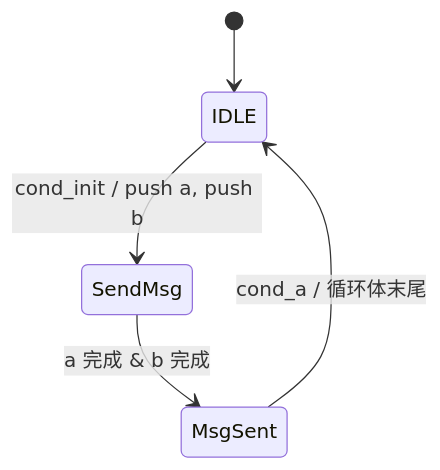
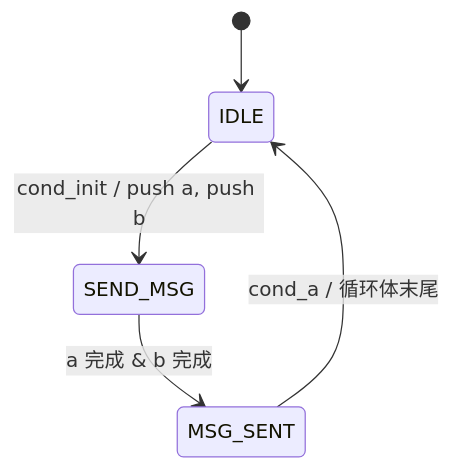
One commit to rede97/autowire changed the first of 6 diagrams in docs/state/async-fsm.md. Above: the diagram before and after it, drawn with Mermaid. The commit also changed other lines of this file and 41 other files, not shown here.

````diff
--- a/docs/state/async-fsm.md
+++ b/docs/state/async-fsm.md
@@ -334,7 +356,7 @@
 ```mermaid
 stateDiagram-v2
   [*] --> IDLE
-  IDLE --> SendMsg: cond_init / push a, push b
-  SendMsg --> MsgSent: a 完成 & b 完成
-  MsgSent --> IDLE: cond_a / 循环体末尾
+  IDLE --> SEND_MSG: cond_init / push a, push b
+  SEND_MSG --> MSG_SENT: a 完成 & b 完成
+  MSG_SENT --> IDLE: cond_a / 循环体末尾
 ```
````
